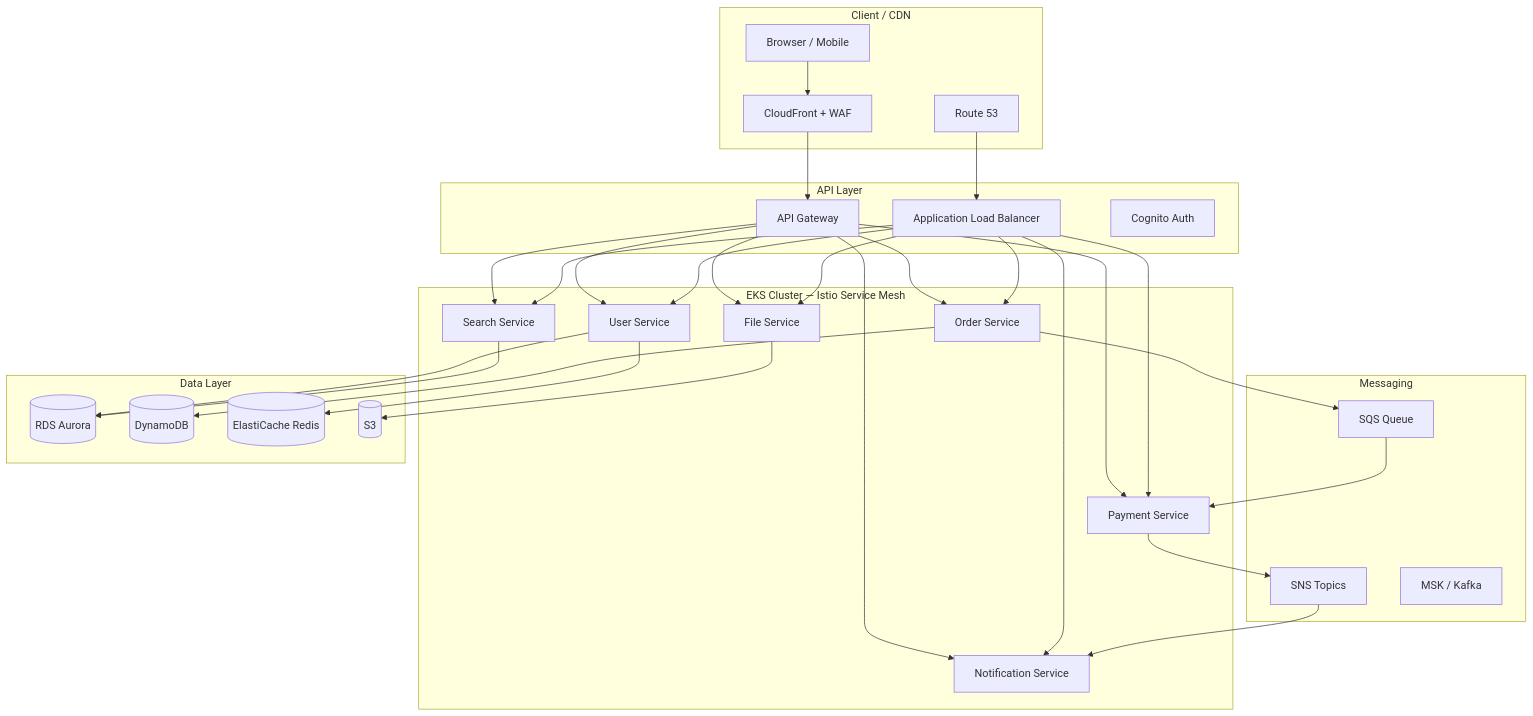
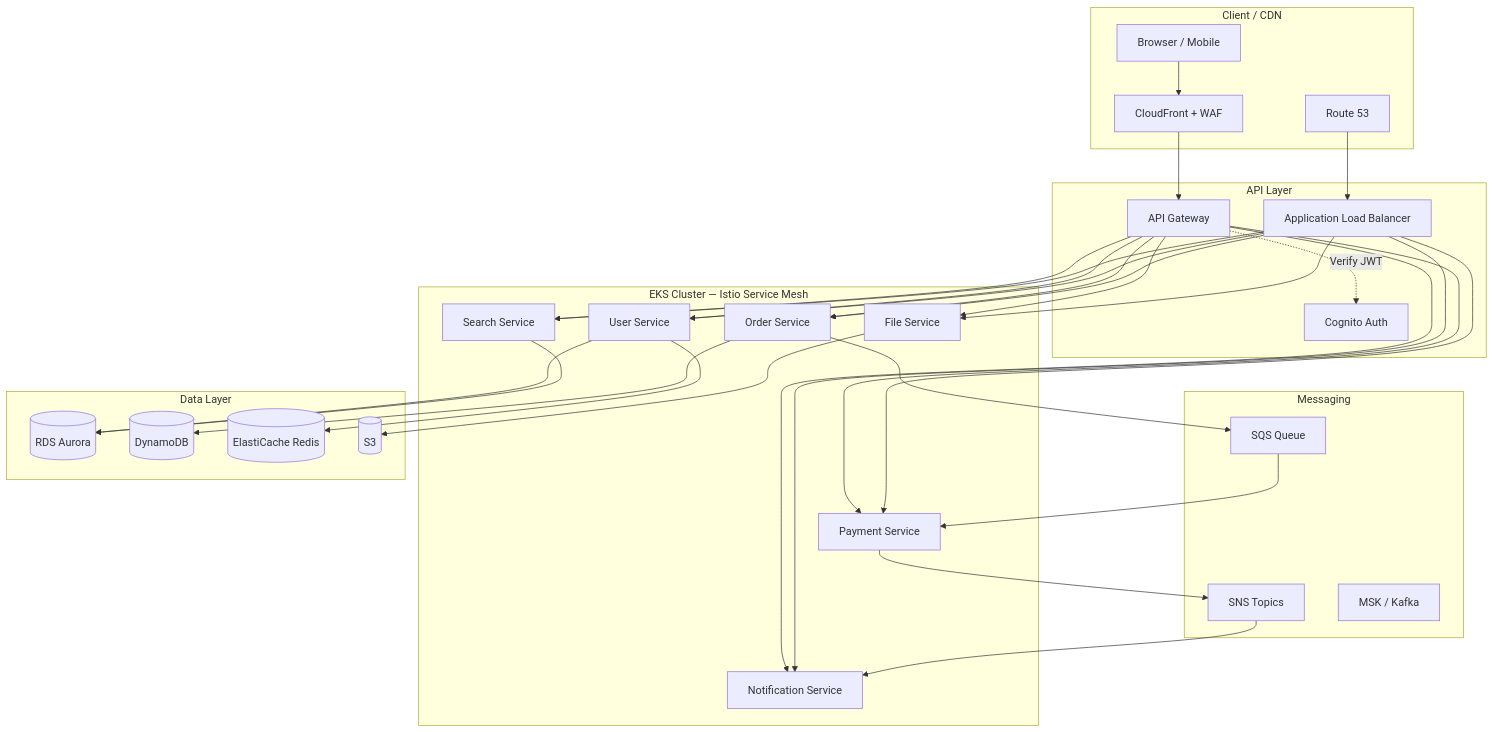
The diagram in templates/pre-sales/microservices-aws.md (nutbadbot/diagram-templates), drawn with Mermaid before and after one commit. The commit also changed other lines of this file and 21 other files, not shown here.

````diff
--- a/templates/pre-sales/microservices-aws.md
+++ b/templates/pre-sales/microservices-aws.md
@@ -152,42 +143,43 @@
 ```mermaid
 flowchart TB
     subgraph CLIENT["Client / CDN"]
         BROWSER[Browser / Mobile]
         CF[CloudFront + WAF]
         R53[Route 53]
     end
 
     subgraph API["API Layer"]
         APIGW[API Gateway]
         ALB[Application Load Balancer]
         COGNITO[Cognito Auth]
     end
 
     subgraph EKS["EKS Cluster — Istio Service Mesh"]
         US[User Service] & OS[Order Service] & PS[Payment Service]
         NS[Notification Service] & SS[Search Service] & FS[File Service]
     end
 
     subgraph MSG["Messaging"]
         SQS[SQS Queue]
         SNS[SNS Topics]
         MSK[MSK / Kafka]
     end
 
     subgraph DATA["Data Layer"]
         RDS[(RDS Aurora)]
         DDB[(DynamoDB)]
         REDIS[(ElastiCache Redis)]
         S3[(S3)]
     end
 
     BROWSER --> CF --> APIGW
     R53 --> ALB
+    APIGW -.->|"Verify JWT"| COGNITO
     APIGW & ALB --> US & OS & PS & NS & SS & FS
     OS --> SQS --> PS
     PS --> SNS --> NS
     US --> RDS & REDIS
     OS --> DDB
     SS --> RDS
     FS --> S3
 ```
````
